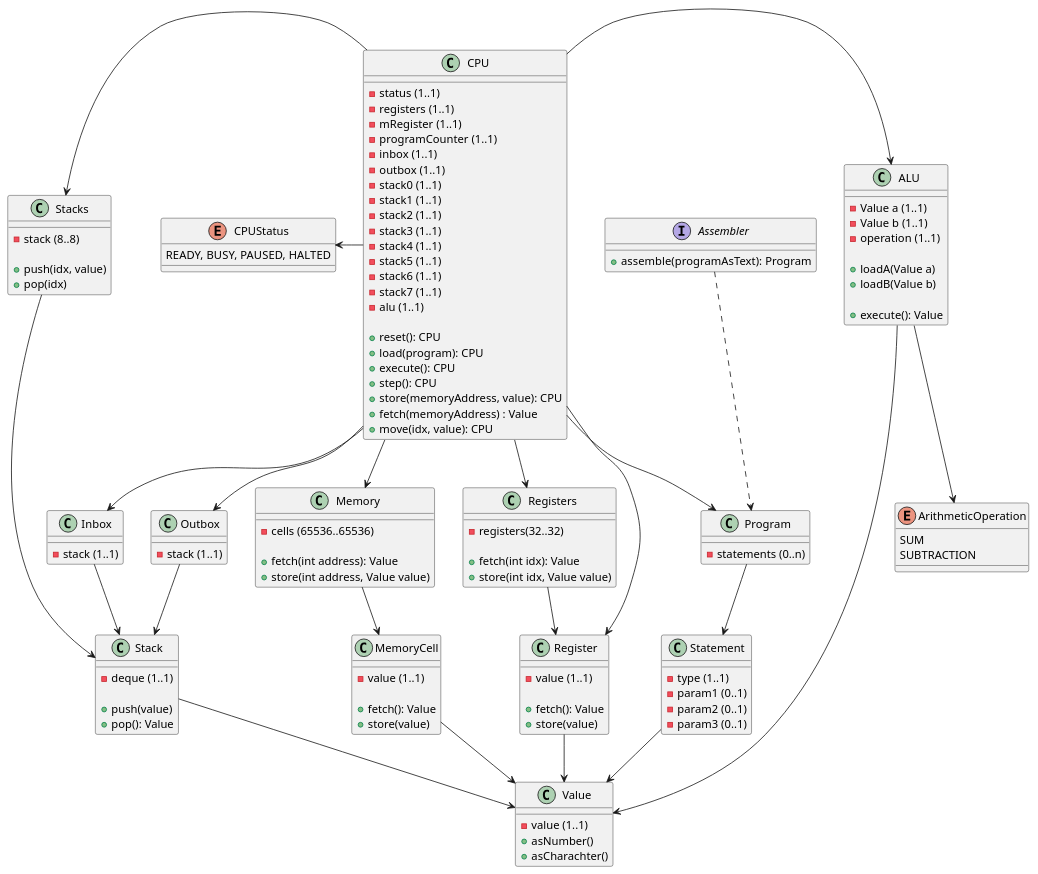
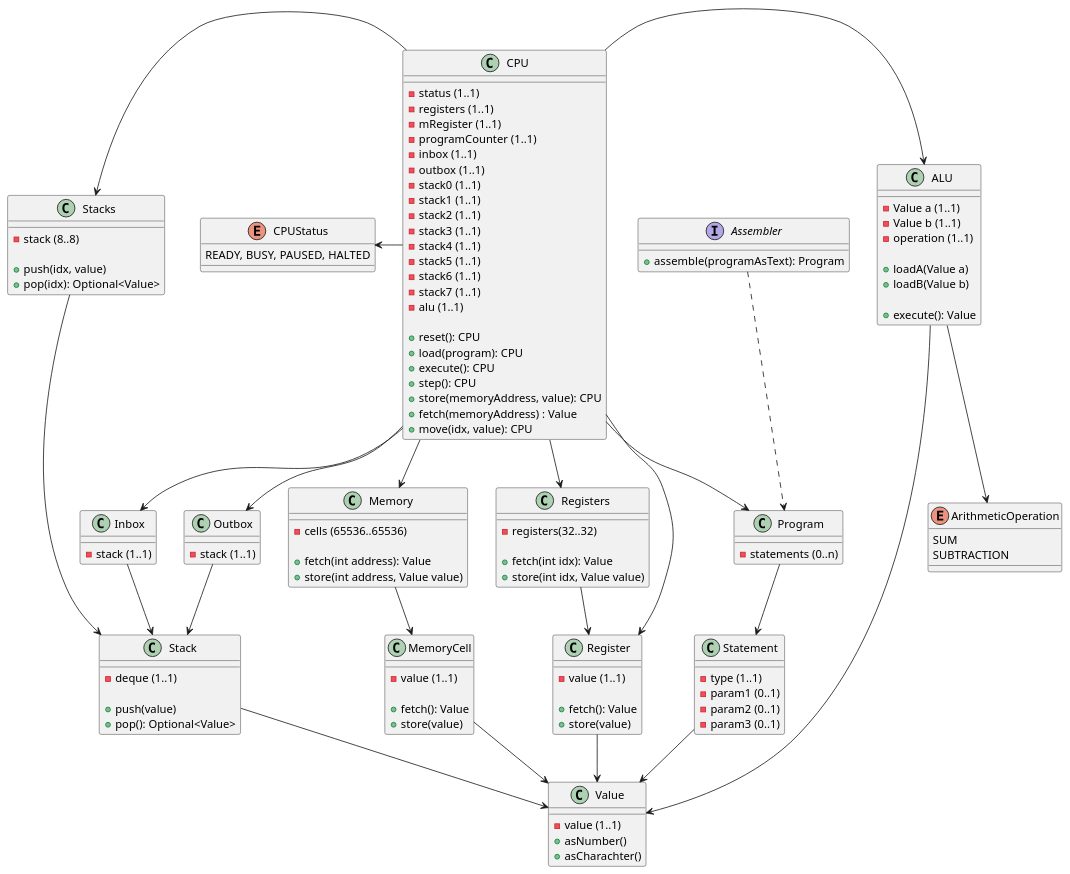
One commit to TristanoSuriani/HRM-assembly changed the diagram in docs/ClassDiagramCPU.puml. Above: the diagram before and after it, drawn with PlantUML. The commit also changed 6 other files, not shown here.

```diff
--- a/docs/ClassDiagramCPU.puml
+++ b/docs/ClassDiagramCPU.puml
@@ -1,144 +1,144 @@
 @startuml
 
 class Register {
   -value (1..1)
 
   +fetch(): Value
    +store(value)
 }
 
 class Registers {
   -registers(32..32)
 
   +fetch(int idx): Value
   +store(int idx, Value value)
 }
 
 class Inbox {
   -stack (1..1)
 }
 
 class Stacks {
   -stack (8..8)
 
   +push(idx, value)
-  +pop(idx)
+  +pop(idx): Optional<Value>
 }
 
 class Stack {
   -deque (1..1)
 
   +push(value)
-  +pop(): Value
+  +pop(): Optional<Value>
 }
 
 class Outbox
 {
   -stack (1..1)
 }
 
 class ALU {
   -Value a (1..1)
   -Value b (1..1)
   -operation (1..1)
 
   +loadA(Value a)
   +loadB(Value b)
 
   +execute(): Value
 }
 
 enum ArithmeticOperation {
   SUM
   SUBTRACTION
 }
 
 class Memory {
   -cells (65536..65536)
 
   +fetch(int address): Value
   +store(int address, Value value)
 }
 
 class MemoryCell {
  -value (1..1)
 
  +fetch(): Value
  +store(value)
 }
 
 class Value {
   -value (1..1)
   +asNumber()
   +asCharachter()
 }
 
 class CPU {
   -status (1..1)
   -registers (1..1)
   -mRegister (1..1)
   -programCounter (1..1)
   -inbox (1..1)
   -outbox (1..1)
   -stack0 (1..1)
   -stack1 (1..1)
   -stack2 (1..1)
   -stack3 (1..1)
   -stack4 (1..1)
   -stack5 (1..1)
   -stack6 (1..1)
   -stack7 (1..1)
   -alu (1..1)
 
   +reset(): CPU
   +load(program): CPU
   +execute(): CPU
   +step(): CPU
   +store(memoryAddress, value): CPU
   +fetch(memoryAddress) : Value
   +move(idx, value): CPU
 }
 
 enum CPUStatus {
   READY, BUSY, PAUSED, HALTED
 }
 
 class Program {
   -statements (0..n)
 }
 
 class Statement {
   -type (1..1)
   -param1 (0..1)
   -param2 (0..1)
   -param3 (0..1)
 }
 
 interface Assembler {
   +assemble(programAsText): Program
 }
 
 CPU -down-> Registers
 CPU -down-> Register
 CPU -down-> Inbox
 CPU -down-> Outbox
 CPU -right-> ALU
 CPU -down-> Memory
 CPU -left-> Stacks
 CPU -down-> Program
 CPU -left-> CPUStatus
 Memory -down-> MemoryCell
 Registers -down-> Register
 MemoryCell -down-> Value
 Register -down-> Value
 Inbox -down-> Stack
 Outbox -down-> Stack
 Stacks -down-> Stack
 Stack -down-> Value
 ALU -down-> Value
 ALU -down-> ArithmeticOperation
 Program -down-> Statement
 Statement -down-> Value
 Assembler .down.> Program
 
 @enduml
```
